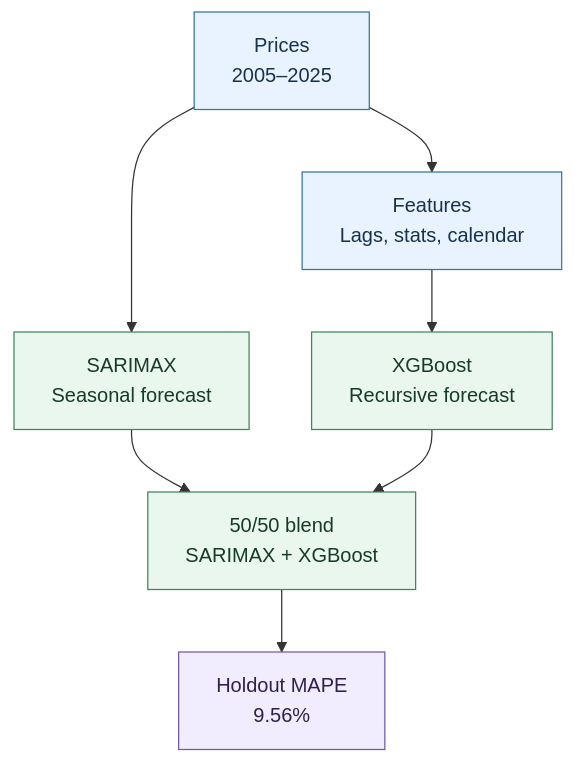
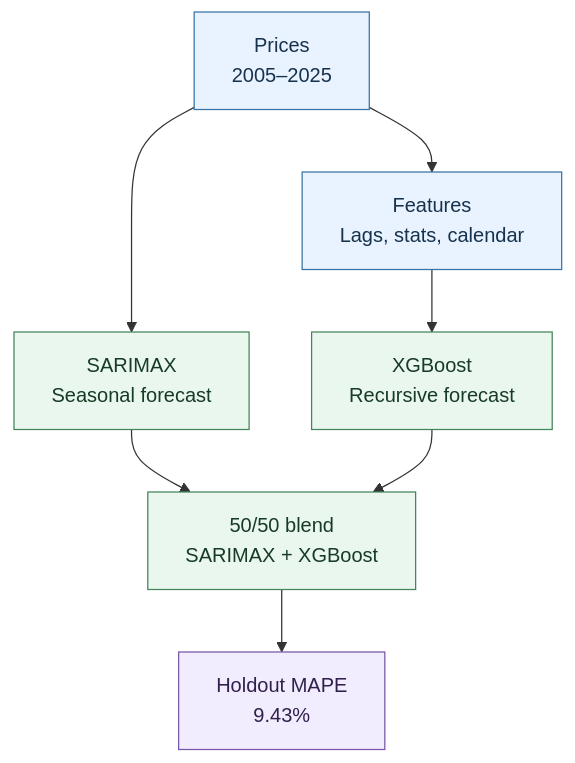
The third of 5 diagrams in README.md (gamepatt78/way2agri-price-forecasting-engine), drawn with Mermaid before and after one commit. The commit also changed other lines of this file and 17 other files, not shown here.

````diff
--- a/README.md
+++ b/README.md
@@ -192,16 +192,16 @@
 ```mermaid
 flowchart TB
     prices["Prices<br/>2005–2025"] --> sarimax["SARIMAX<br/>Seasonal forecast"]
     prices --> features["Features<br/>Lags, stats, calendar"]
     features --> xgboost["XGBoost<br/>Recursive forecast"]
     sarimax --> ensemble["50/50 blend<br/>SARIMAX + XGBoost"]
     xgboost --> ensemble
-    ensemble --> evaluation["Holdout MAPE<br/>9.56%"]
+    ensemble --> evaluation["Holdout MAPE<br/>9.43%"]
 
     classDef input fill:#e8f3ff,stroke:#3674a5,color:#17324d
     classDef model fill:#eaf7ef,stroke:#43845b,color:#173b25
     classDef output fill:#f2ecff,stroke:#7656a8,color:#30204b
     class prices,features input
     class sarimax,xgboost,ensemble model
     class evaluation output
 ```
````
